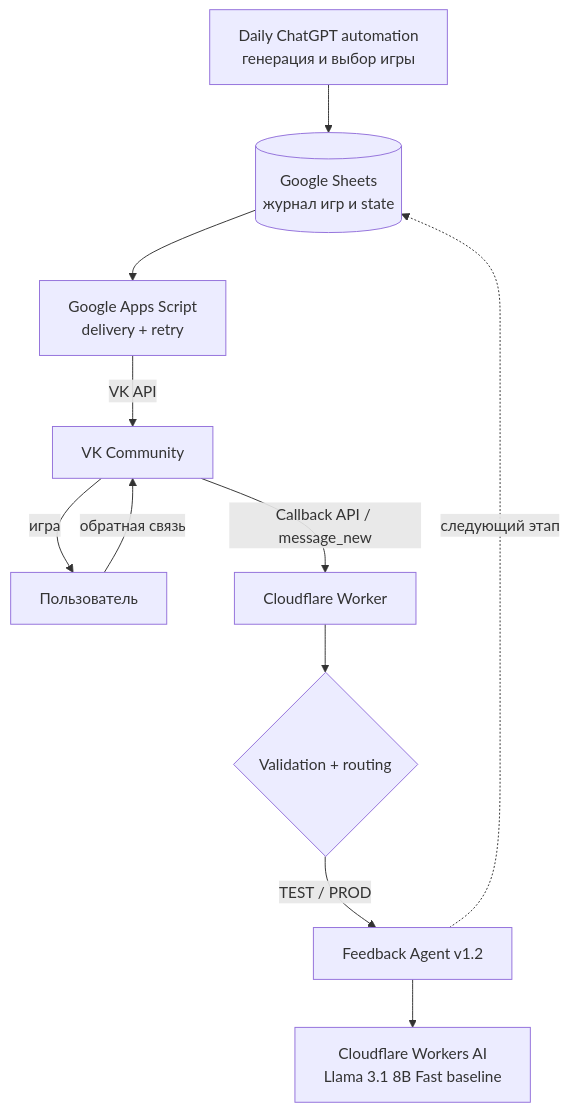
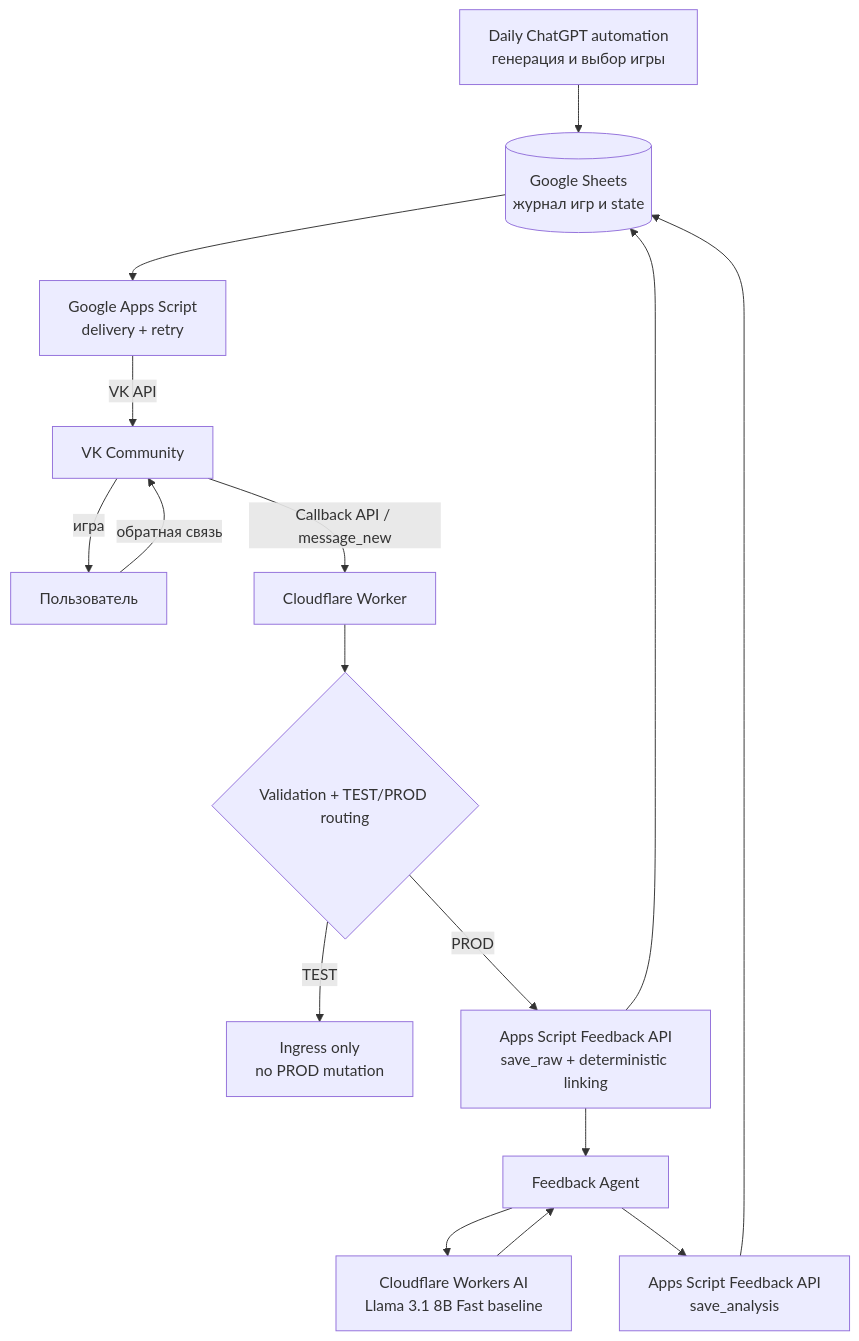
Before and after one commit to LukshinVI/game-of-the-day: the first of 6 diagrams in docs/architecture.md, drawn with Mermaid. The commit also changed other lines of this file, not shown here.

Commit message:
docs: update production feedback architecture

````diff
--- a/docs/architecture.md
+++ b/docs/architecture.md
@@ -11,13 +13,18 @@
 ```mermaid
 flowchart TD
     A[Daily ChatGPT automation<br/>генерация и выбор игры] --> B[(Google Sheets<br/>журнал игр и state)]
     B --> C[Google Apps Script<br/>delivery + retry]
     C -->|VK API| D[VK Community]
     D -->|игра| U[Пользователь]
     U -->|обратная связь| D
     D -->|Callback API / message_new| W[Cloudflare Worker]
-    W --> V{Validation + routing}
-    V -->|TEST / PROD| F[Feedback Agent v1.2]
+    W --> V{Validation + TEST/PROD routing}
+    V -->|TEST| T[Ingress only<br/>no PROD mutation]
+    V -->|PROD| RAW[Apps Script Feedback API<br/>save_raw + deterministic linking]
+    RAW --> B
+    RAW --> F[Feedback Agent]
     F --> AI[Cloudflare Workers AI<br/>Llama 3.1 8B Fast baseline]
-    F -. следующий этап .-> B
+    AI --> F
+    F --> RES[Apps Script Feedback API<br/>save_analysis]
+    RES --> B
 ```
````
